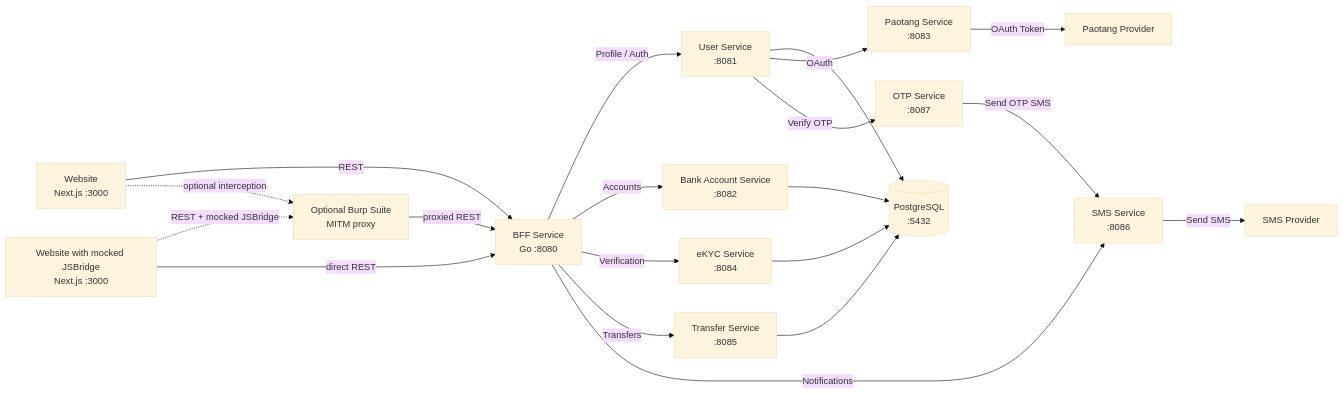
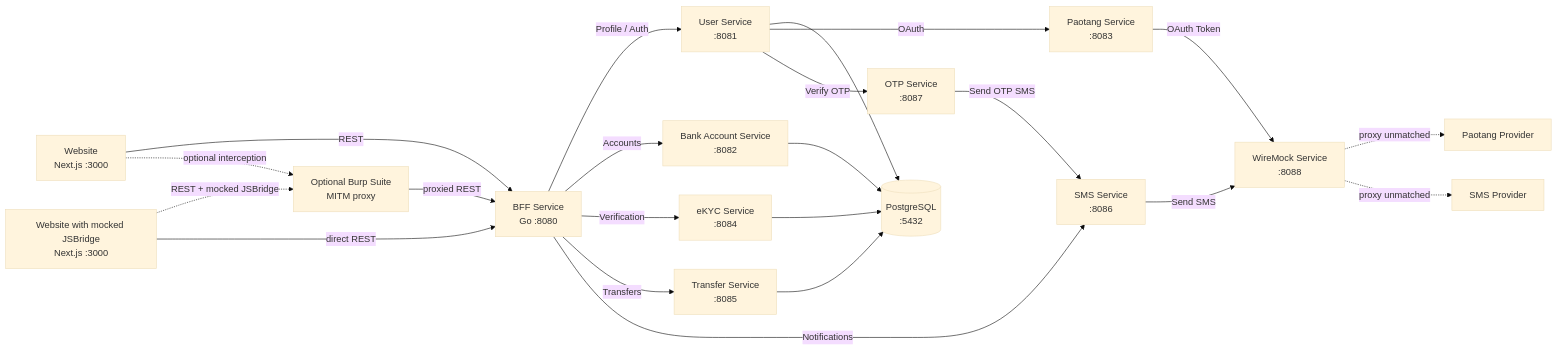
The first of 3 diagrams in SYSTEM-ARCHITECTURE.md (SiwakornSitti/ultra-smoooooth-testing), drawn with Mermaid (base theme) before and after one commit.

Commit message:
docs: add WireMock external mock layer to System overview topology diagram

````diff
--- a/SYSTEM-ARCHITECTURE.md
+++ b/SYSTEM-ARCHITECTURE.md
@@ -14,42 +14,46 @@
 ```mermaid
 flowchart LR
     Browser[Website\nNext.js :3000]
     BridgeWebsite[Website with mocked JSBridge\nNext.js :3000]
     Burp[Optional Burp Suite\nMITM proxy]
     BFF[BFF Service\nGo :8080]
 
     User[User Service\n:8081]
     Account[Bank Account Service\n:8082]
     EKYC[eKYC Service\n:8084]
     Transfer[Transfer Service\n:8085]
     SMS[SMS Service\n:8086]
     OTP[OTP Service\n:8087]
     PaotangSvc[Paotang Service\n:8083]
 
     DB[(PostgreSQL\n:5432)]
+    WireMock[WireMock Service\n:8088]
     PaotangProvider[Paotang Provider]
     SMSProvider[SMS Provider]
 
     Browser -->|REST| BFF
     BridgeWebsite -.->|REST + mocked JSBridge| Burp
     BridgeWebsite -->|direct REST| BFF
     Burp -->|proxied REST| BFF
     Browser -.->|optional interception| Burp
 
     BFF -->|Profile / Auth| User
     BFF -->|Accounts| Account
     BFF -->|Verification| EKYC
     BFF -->|Transfers| Transfer
     BFF -->|Notifications| SMS
 
     User --> DB
     Account --> DB
     EKYC --> DB
     Transfer --> DB
 
     User -->|OAuth| PaotangSvc
     User -->|Verify OTP| OTP
     OTP -->|Send OTP SMS| SMS
-    PaotangSvc -->|OAuth Token| PaotangProvider
-    SMS -->|Send SMS| SMSProvider
+
+    PaotangSvc -->|OAuth Token| WireMock
+    SMS -->|Send SMS| WireMock
+    WireMock -.->|proxy unmatched| PaotangProvider
+    WireMock -.->|proxy unmatched| SMSProvider
 ```
````
